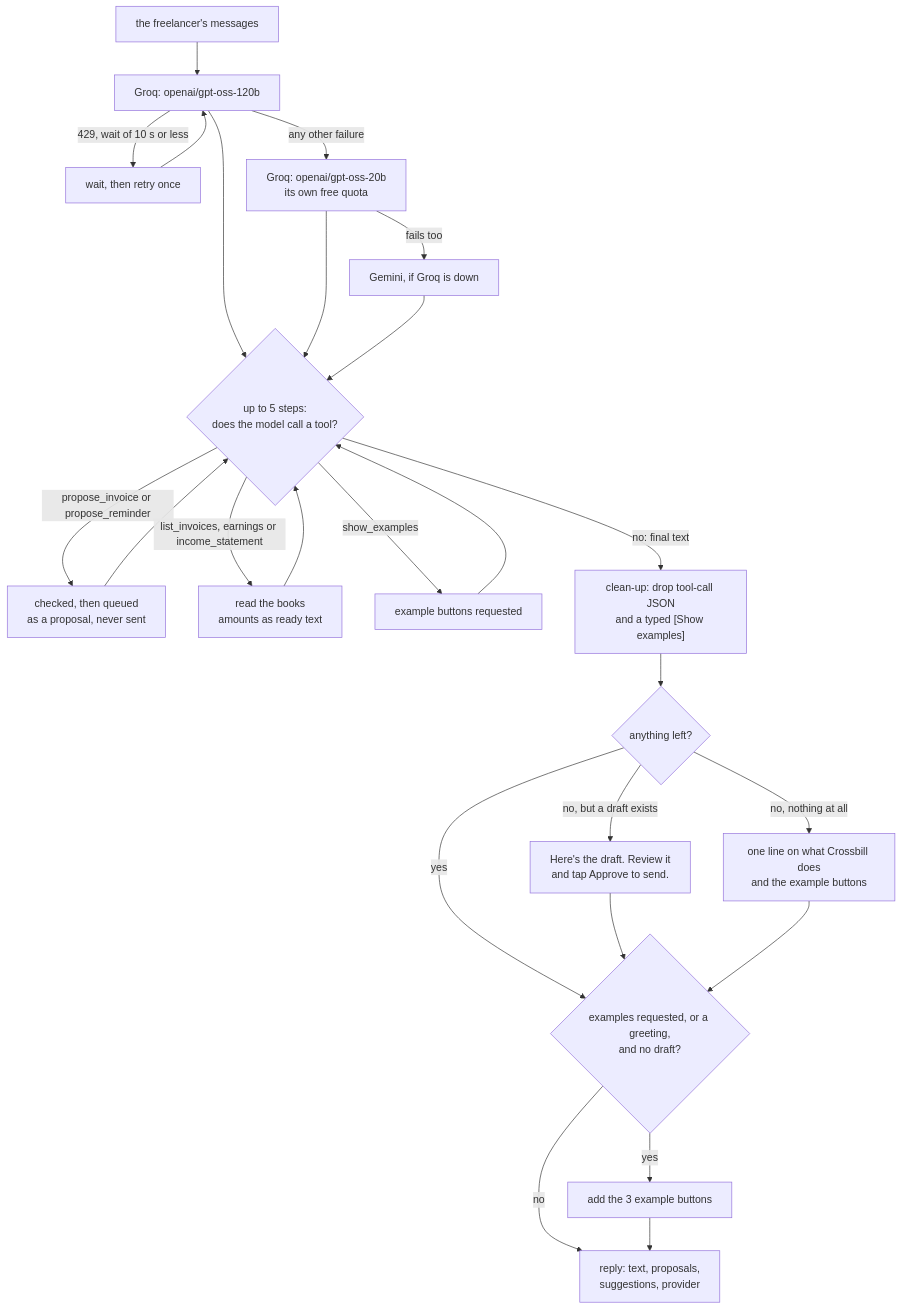
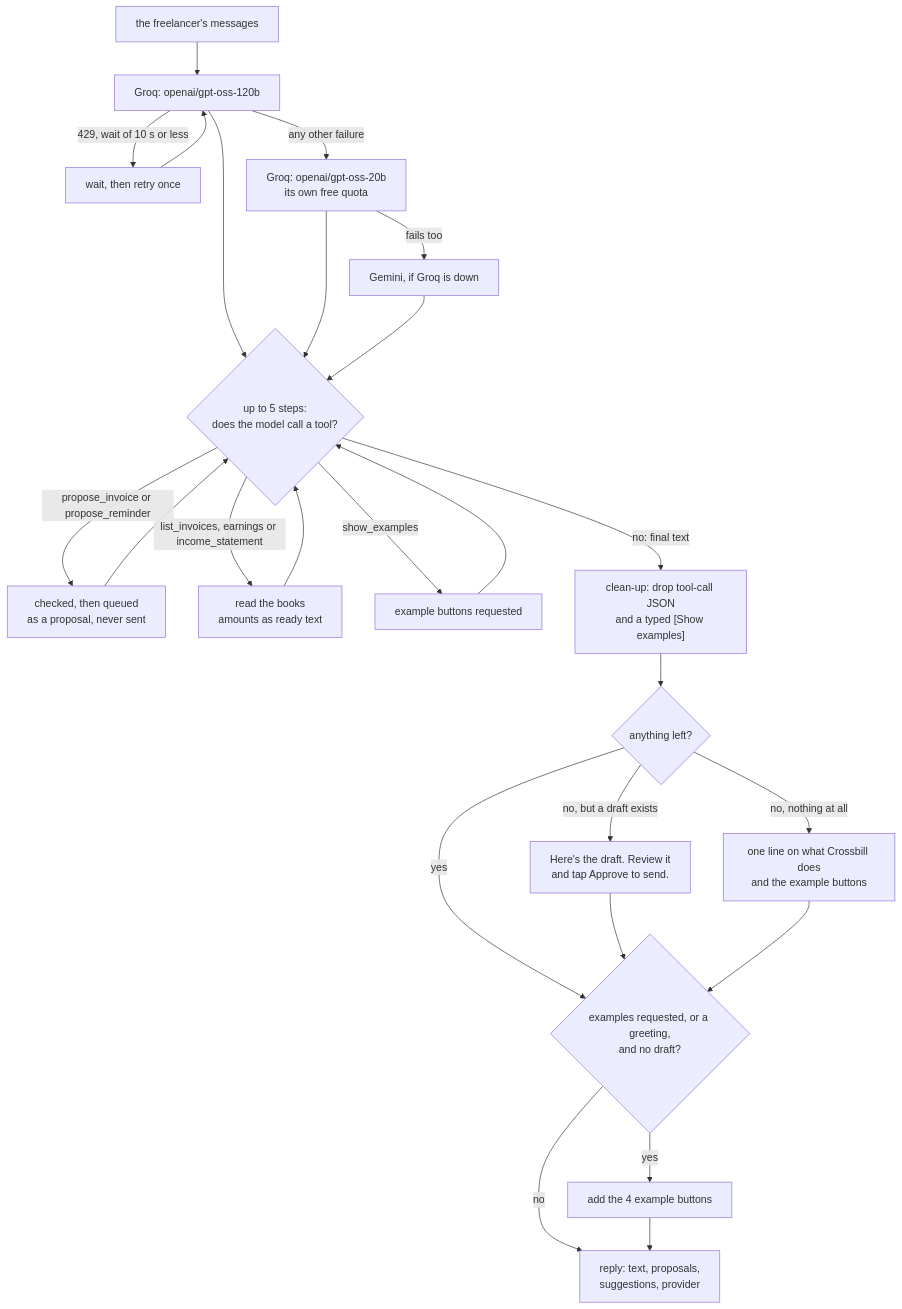
One commit to lindani11/crossbill-agent changed the ninth of 13 diagrams in docs/ARCHITECTURE.md. Above: the diagram before and after it, drawn with Mermaid. The commit also changed other lines of this file and 4 other files, not shown here.

````diff
--- a/docs/ARCHITECTURE.md
+++ b/docs/ARCHITECTURE.md
@@ -559,28 +559,28 @@
 ```mermaid
 flowchart TD
   IN["the freelancer's messages"] --> GROQ["Groq: openai/gpt-oss-120b"]
   GROQ -->|"429, wait of 10 s or less"| WAIT["wait, then retry once"]
   WAIT --> GROQ
   GROQ -->|"any other failure"| SMALL["Groq: openai/gpt-oss-20b<br/>its own free quota"]
   SMALL -->|"fails too"| GEM["Gemini, if Groq is down"]
   GROQ --> STEP{"up to 5 steps:<br/>does the model call a tool?"}
   SMALL --> STEP
   GEM --> STEP
   STEP -->|"propose_invoice or propose_reminder"| QUEUE["checked, then queued<br/>as a proposal, never sent"]
   STEP -->|"list_invoices, earnings or income_statement"| READ["read the books<br/>amounts as ready text"]
   STEP -->|"show_examples"| EXQ["example buttons requested"]
   QUEUE --> STEP
   READ --> STEP
   EXQ --> STEP
   STEP -->|"no: final text"| CLEAN["clean-up: drop tool-call JSON<br/>and a typed [Show examples]"]
   CLEAN --> EMPTY{"anything left?"}
   EMPTY -->|"no, but a draft exists"| T1["Here's the draft. Review it<br/>and tap Approve to send."]
   EMPTY -->|"no, nothing at all"| T2["one line on what Crossbill does<br/>and the example buttons"]
   EMPTY -->|yes| SUG
   T1 --> SUG
   T2 --> SUG
   SUG{"examples requested, or a greeting,<br/>and no draft?"}
-  SUG -->|yes| BTN["add the 3 example buttons"]
+  SUG -->|yes| BTN["add the 4 example buttons"]
   SUG -->|no| OUT["reply: text, proposals,<br/>suggestions, provider"]
   BTN --> OUT
 ```
````
